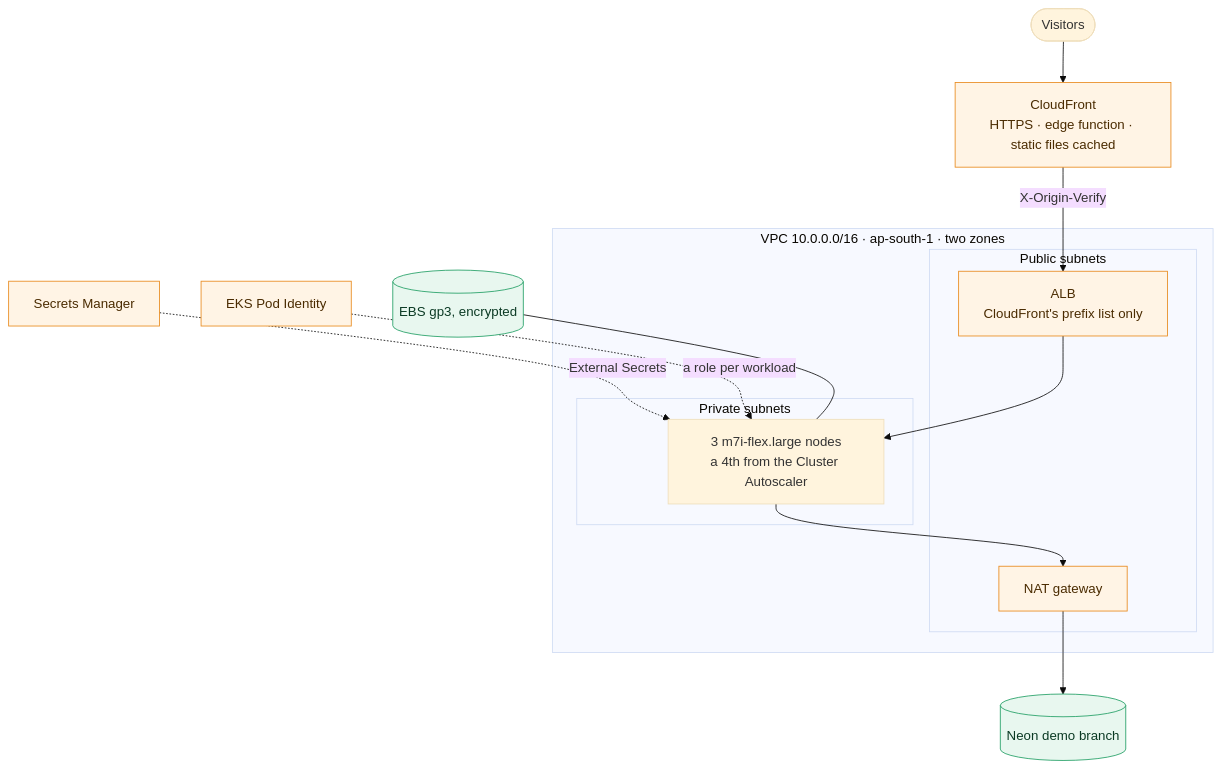
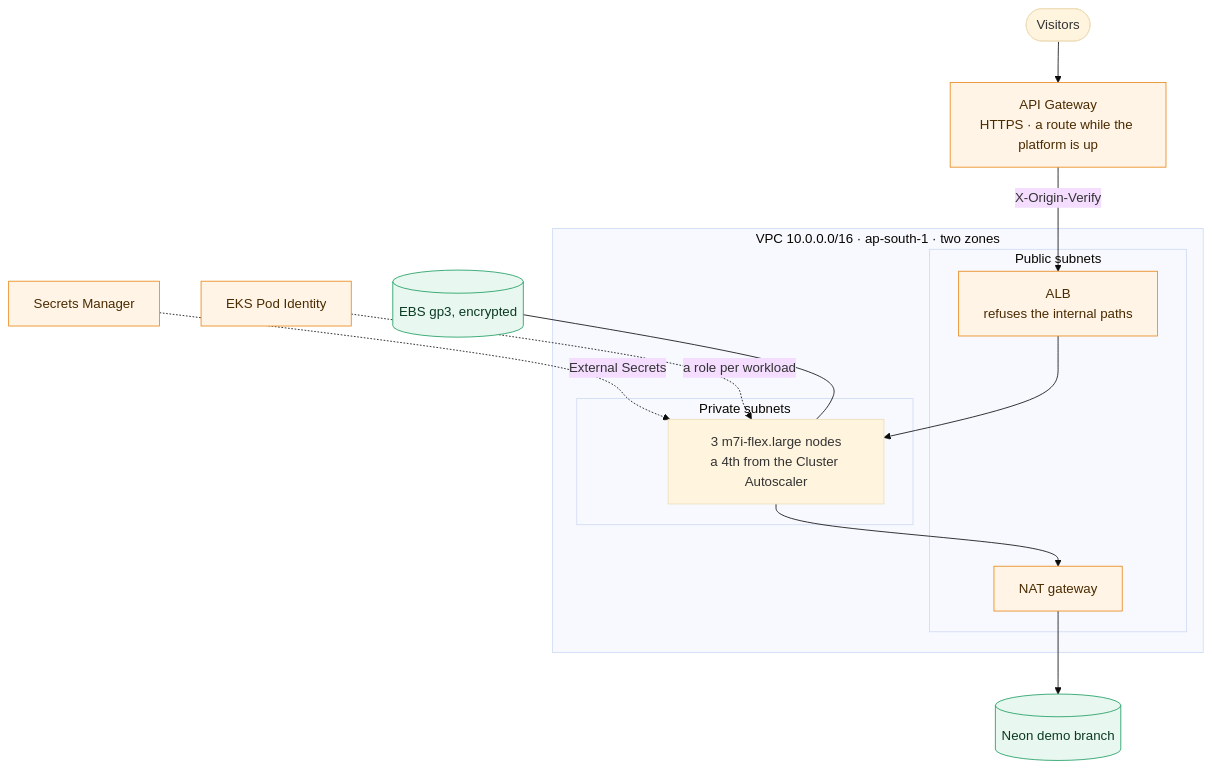
The fourth of 7 diagrams in README.md (Sayandip-Jana-1018/SplitX), drawn with Mermaid (base theme) before and after one commit. The commit also changed other lines of this file and 59 other files, not shown here.

````diff
--- a/README.md
+++ b/README.md
@@ -200,23 +200,23 @@
 ```mermaid
 flowchart TB
-    user(["Visitors"]) --> cf["CloudFront<br/>HTTPS · edge function · static files cached"]
+    user(["Visitors"]) --> cf["API Gateway<br/>HTTPS · a route while the platform is up"]
     subgraph vpc["VPC 10.0.0.0/16 · ap-south-1 · two zones"]
         subgraph pub["Public subnets"]
-            alb["ALB<br/>CloudFront's prefix list only"]
+            alb["ALB<br/>refuses the internal paths"]
             nat["NAT gateway"]
         end
         subgraph priv["Private subnets"]
             nodes["3 m7i-flex.large nodes<br/>a 4th from the Cluster Autoscaler"]
         end
     end
     cf -->|"X-Origin-Verify"| alb --> nodes
     nodes --> nat --> neon[("Neon demo branch")]
     sm["Secrets Manager"] -.->|"External Secrets"| nodes
     pod["EKS Pod Identity"] -.->|"a role per workload"| nodes
     ebs[("EBS gp3, encrypted")] --- nodes
 
     classDef aws fill:#fff4e5,stroke:#e8891b,color:#4a2b00
     classDef data fill:#e8f7ef,stroke:#1f9d63,color:#0b3a24
     class cf,alb,nat,sm,pod aws
     class neon,ebs data
 ```
````
